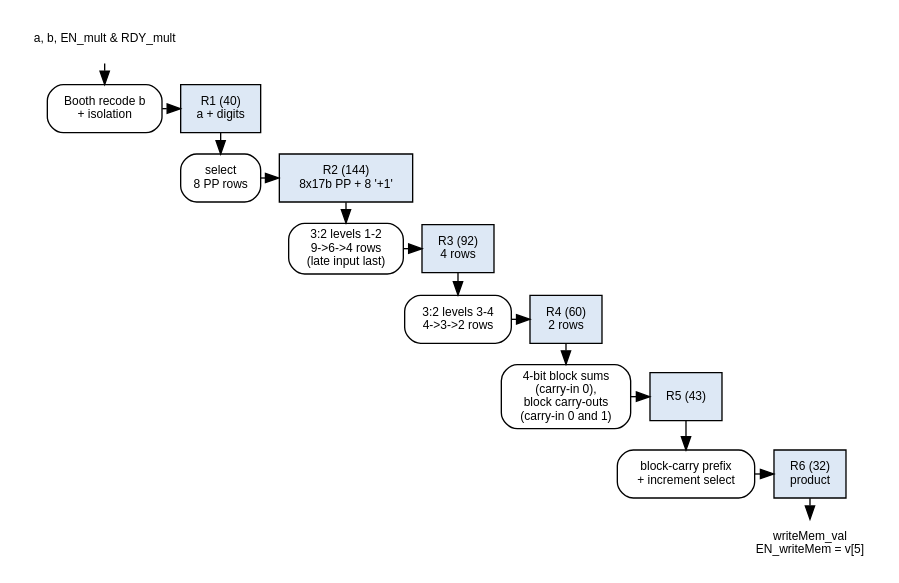
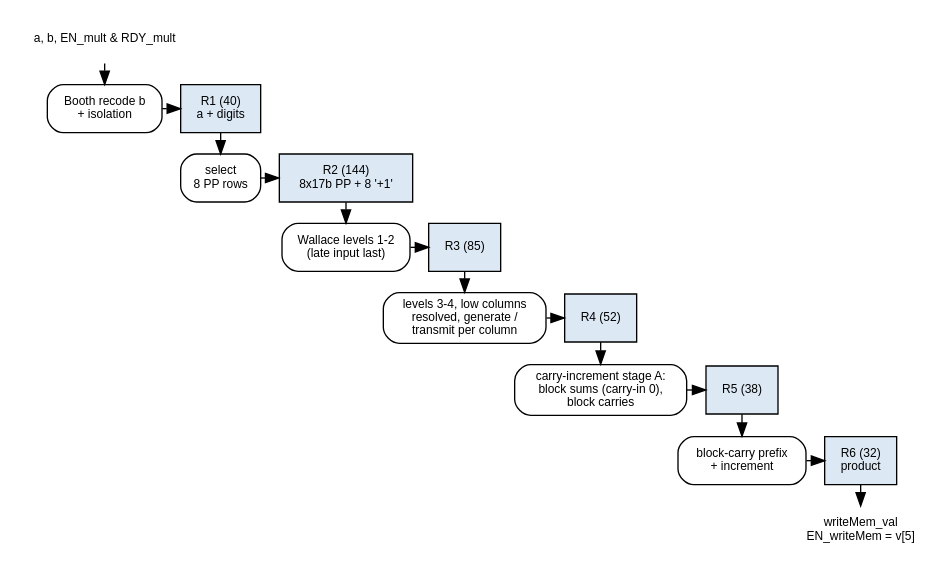
Before and after one commit to amrsherif21/elec402-p2-open: the diagram in submission/pdf_report/src/dp800.dot, drawn with Graphviz. The commit also changed 6 other files, not shown here.

```diff
--- a/submission/pdf_report/src/dp800.dot
+++ b/submission/pdf_report/src/dp800.dot
@@ -1,20 +1,20 @@
 digraph dp800 {
   rankdir=TB; newrank=true; bgcolor=white; nodesep=0.2; ranksep=0.22;
   node [fontname="Helvetica", fontsize=9];
   in [shape=plaintext, label="a, b, EN_mult & RDY_mult"];
   enc [shape=box, style=rounded, label="Booth recode b\n+ isolation"];
   r1 [shape=box, style=filled, fillcolor="#dde8f5", label="R1 (40)\na + digits"];
   pp [shape=box, style=rounded, label="select\n8 PP rows"];
   r2 [shape=box, style=filled, fillcolor="#dde8f5", label="R2 (144)\n8x17b PP + 8 '+1'"];
-  c12 [shape=box, style=rounded, label="3:2 levels 1-2\n9->6->4 rows\n(late input last)"];
-  r3 [shape=box, style=filled, fillcolor="#dde8f5", label="R3 (92)\n4 rows"];
-  c34 [shape=box, style=rounded, label="3:2 levels 3-4\n4->3->2 rows"];
-  r4 [shape=box, style=filled, fillcolor="#dde8f5", label="R4 (60)\n2 rows"];
-  ca [shape=box, style=rounded, label="4-bit block sums\n(carry-in 0),\nblock carry-outs\n(carry-in 0 and 1)"];
-  r5 [shape=box, style=filled, fillcolor="#dde8f5", label="R5 (43)"];
-  cb [shape=box, style=rounded, label="block-carry prefix\n+ increment select"];
+  c12 [shape=box, style=rounded, label="Wallace levels 1-2\n(late input last)"];
+  r3 [shape=box, style=filled, fillcolor="#dde8f5", label="R3 (85)"];
+  c34 [shape=box, style=rounded, label="levels 3-4, low columns\nresolved, generate /\ntransmit per column"];
+  r4 [shape=box, style=filled, fillcolor="#dde8f5", label="R4 (52)"];
+  ca [shape=box, style=rounded, label="carry-increment stage A:\nblock sums (carry-in 0),\nblock carries"];
+  r5 [shape=box, style=filled, fillcolor="#dde8f5", label="R5 (38)"];
+  cb [shape=box, style=rounded, label="block-carry prefix\n+ increment"];
   r6 [shape=box, style=filled, fillcolor="#dde8f5", label="R6 (32)\nproduct"];
   out [shape=plaintext, label="writeMem_val\nEN_writeMem = v[5]"];
   in -> enc -> r1 -> pp -> r2 -> c12 -> r3 -> c34 -> r4 -> ca -> r5 -> cb -> r6 -> out;
   {rank=same; enc; r1;} {rank=same; pp; r2;} {rank=same; c12; r3;} {rank=same; c34; r4;} {rank=same; ca; r5;} {rank=same; cb; r6;}
 }
```
